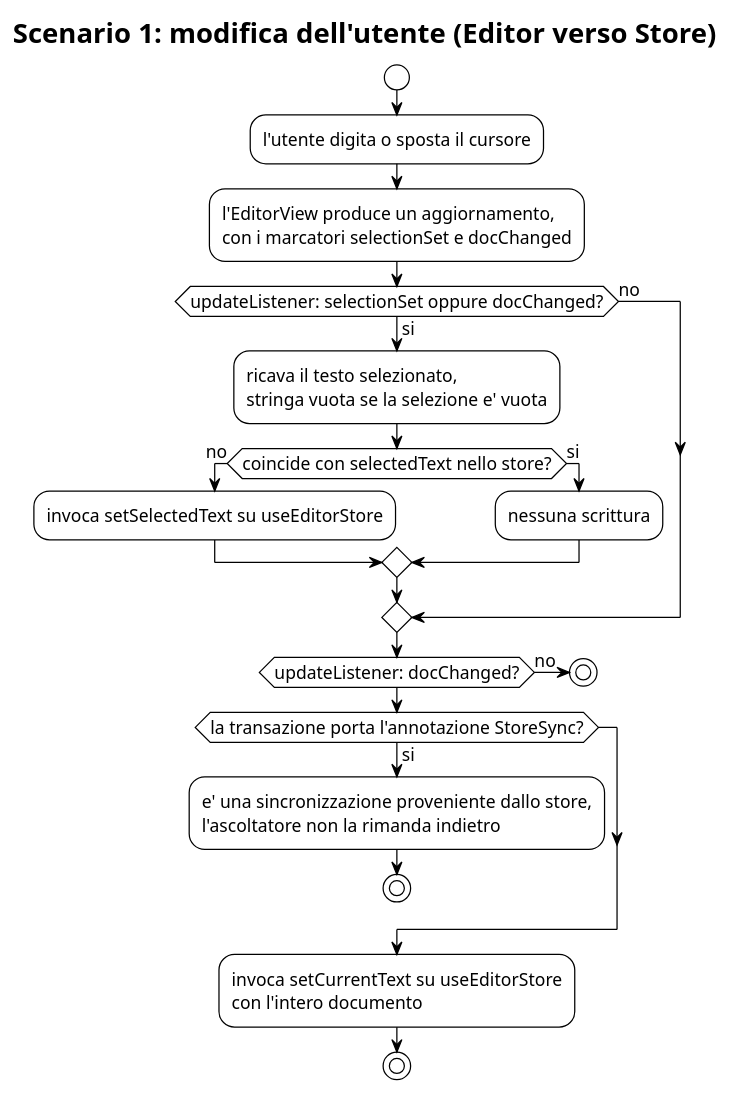
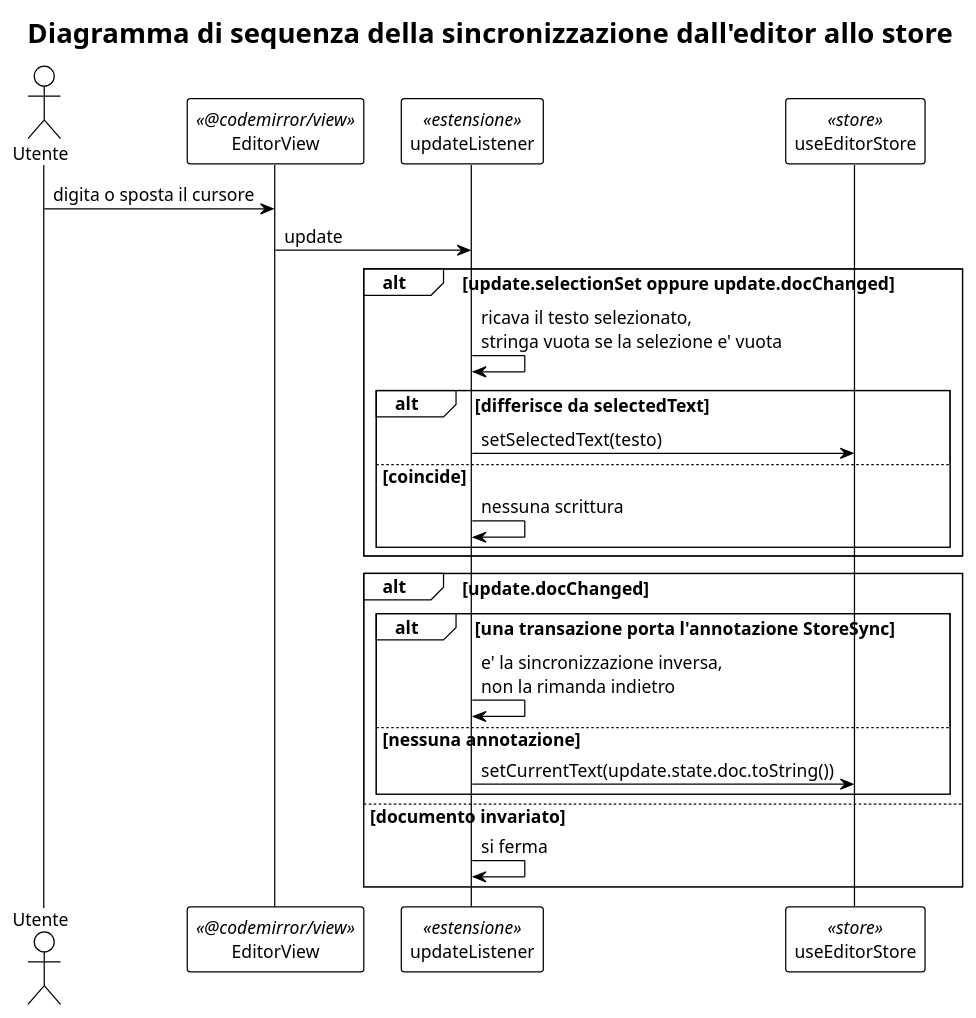
One commit to thebitless-group-swe/thebitless.github.io changed the diagram in PB/doc_esterna/specifica_tecnica/assets/plantuml/UML3.3.4-1.puml. Above: the diagram before and after it, drawn with PlantUML. The commit also changed 35 other files, not shown here.

Commit message:
fix(ST):sistema diagrammi UML del capitolo 3.3, elimina i duplicati

```diff
--- a/PB/doc_esterna/specifica_tecnica/assets/plantuml/UML3.3.4-1.puml
+++ b/PB/doc_esterna/specifica_tecnica/assets/plantuml/UML3.3.4-1.puml
@@ -1,38 +1,35 @@
 @startuml
 !theme plain
 skinparam shadowing false
 skinparam defaultFontSize 14
 
-title Scenario 1: modifica dell'utente (Editor verso Store)
+title Diagramma di sequenza della sincronizzazione dall'editor allo store
 
-start
-:l'utente digita o sposta il cursore;
-:l'EditorView produce un aggiornamento,
-con i marcatori selectionSet e docChanged;
+actor Utente
+participant EditorView <<@codemirror/view>>
+participant updateListener <<estensione>>
+participant useEditorStore <<store>>
 
-if (updateListener: selectionSet oppure docChanged?) then (si)
-  :ricava il testo selezionato,
-  stringa vuota se la selezione e' vuota;
-  if (coincide con selectedText nello store?) then (no)
-    :invoca setSelectedText su useEditorStore;
-  else (si)
-    :nessuna scrittura;
-  endif
-else (no)
-endif
+Utente -> EditorView : digita o sposta il cursore
+EditorView -> updateListener : update
 
-if (updateListener: docChanged?) then (no)
-  stop
-endif
+alt update.selectionSet oppure update.docChanged
+  updateListener -> updateListener : ricava il testo selezionato,\nstringa vuota se la selezione e' vuota
+  alt differisce da selectedText
+    updateListener -> useEditorStore : setSelectedText(testo)
+  else coincide
+    updateListener -> updateListener : nessuna scrittura
+  end
+end
 
-if (la transazione porta l'annotazione StoreSync?) then (si)
-  :e' una sincronizzazione proveniente dallo store,
-  l'ascoltatore non la rimanda indietro;
-  stop
-endif
-
-:invoca setCurrentText su useEditorStore
-con l'intero documento;
-stop
+alt update.docChanged
+  alt una transazione porta l'annotazione StoreSync
+    updateListener -> updateListener : e' la sincronizzazione inversa,\nnon la rimanda indietro
+  else nessuna annotazione
+    updateListener -> useEditorStore : setCurrentText(update.state.doc.toString())
+  end
+else documento invariato
+  updateListener -> updateListener : si ferma
+end
 
 @enduml
```
